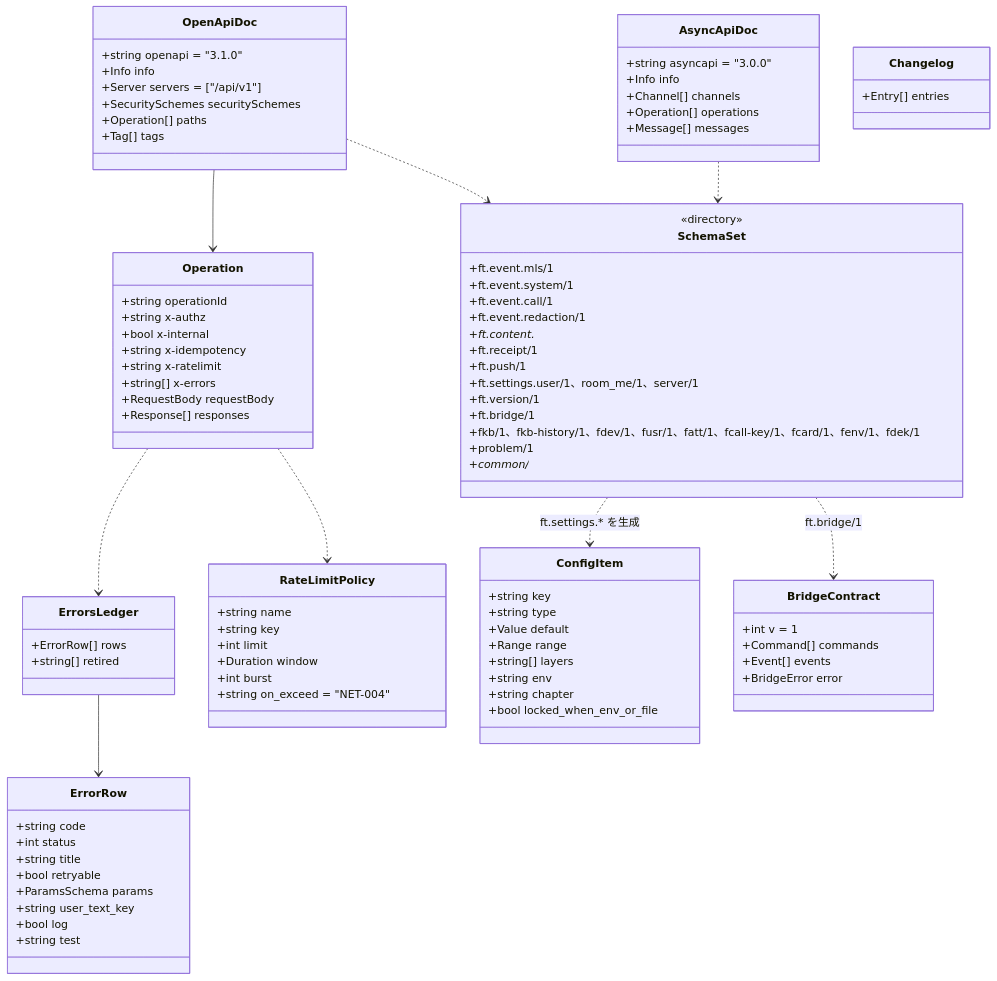
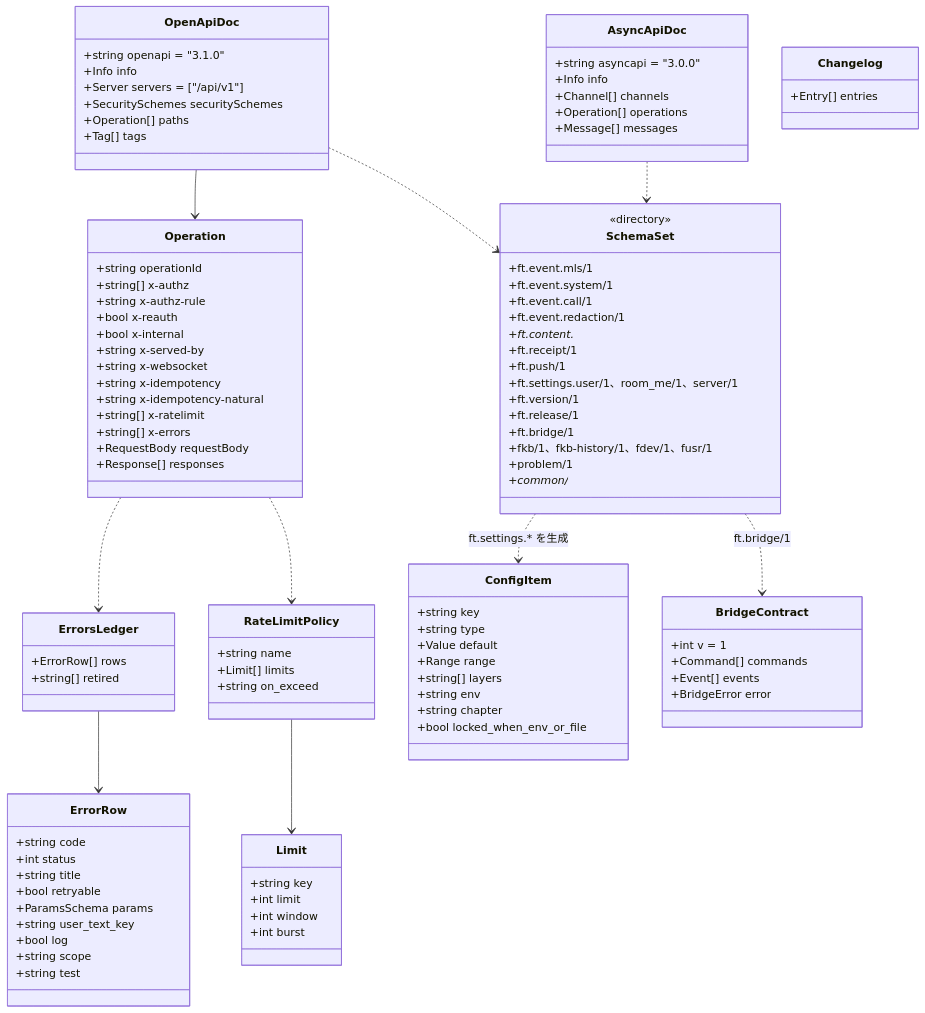
The diagram in dev/docs/jp/ブロック/api.md (nrsd-ishikawasou/family-talk-pwa), drawn with Mermaid before and after one commit. The commit also changed other lines of this file and 290 other files, not shown here.

````diff
--- a/dev/docs/jp/ブロック/api.md
+++ b/dev/docs/jp/ブロック/api.md
@@ -29,10 +50,15 @@
   }
   class Operation {
     +string operationId
-    +string x-authz
+    +string[] x-authz
+    +string x-authz-rule
+    +bool x-reauth
     +bool x-internal
+    +string x-served-by
+    +string x-websocket
     +string x-idempotency
-    +string x-ratelimit
+    +string x-idempotency-natural
+    +string[] x-ratelimit
     +string[] x-errors
     +RequestBody requestBody
     +Response[] responses
@@ -55,8 +81,9 @@
     +ft.push/1
     +ft.settings.user/1、room_me/1、server/1
     +ft.version/1
+    +ft.release/1
     +ft.bridge/1
-    +fkb/1、fkb-history/1、fdev/1、fusr/1、fatt/1、fcall-key/1、fcard/1、fenv/1、fdek/1
+    +fkb/1、fkb-history/1、fdev/1、fusr/1
     +problem/1
     +common/*
   }
@@ -68,6 +95,7 @@
     +ParamsSchema params
     +string user_text_key
     +bool log
+    +string scope
     +string test
   }
   class ErrorsLedger {
@@ -76,11 +104,14 @@
   }
   class RateLimitPolicy {
     +string name
+    +Limit[] limits
+    +string on_exceed
+  }
+  class Limit {
     +string key
     +int limit
-    +Duration window
+    +int window
     +int burst
-    +string on_exceed = "NET-004"
   }
   class ConfigItem {
     +string key
@@ -107,6 +138,7 @@
   ErrorsLedger --> ErrorRow
   Operation ..> ErrorsLedger
   Operation ..> RateLimitPolicy
+  RateLimitPolicy --> Limit
   SchemaSet ..> ConfigItem : ft.settings.* を生成
   SchemaSet ..> BridgeContract : ft.bridge/1
 ```
````
